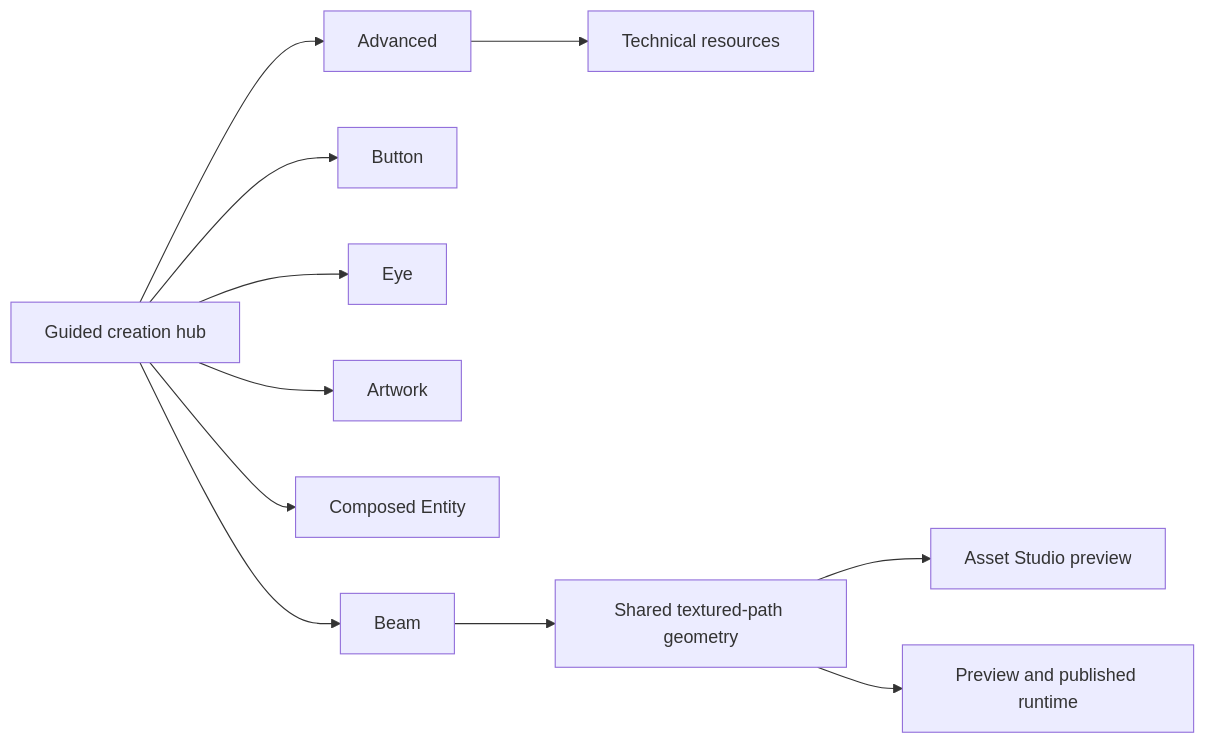
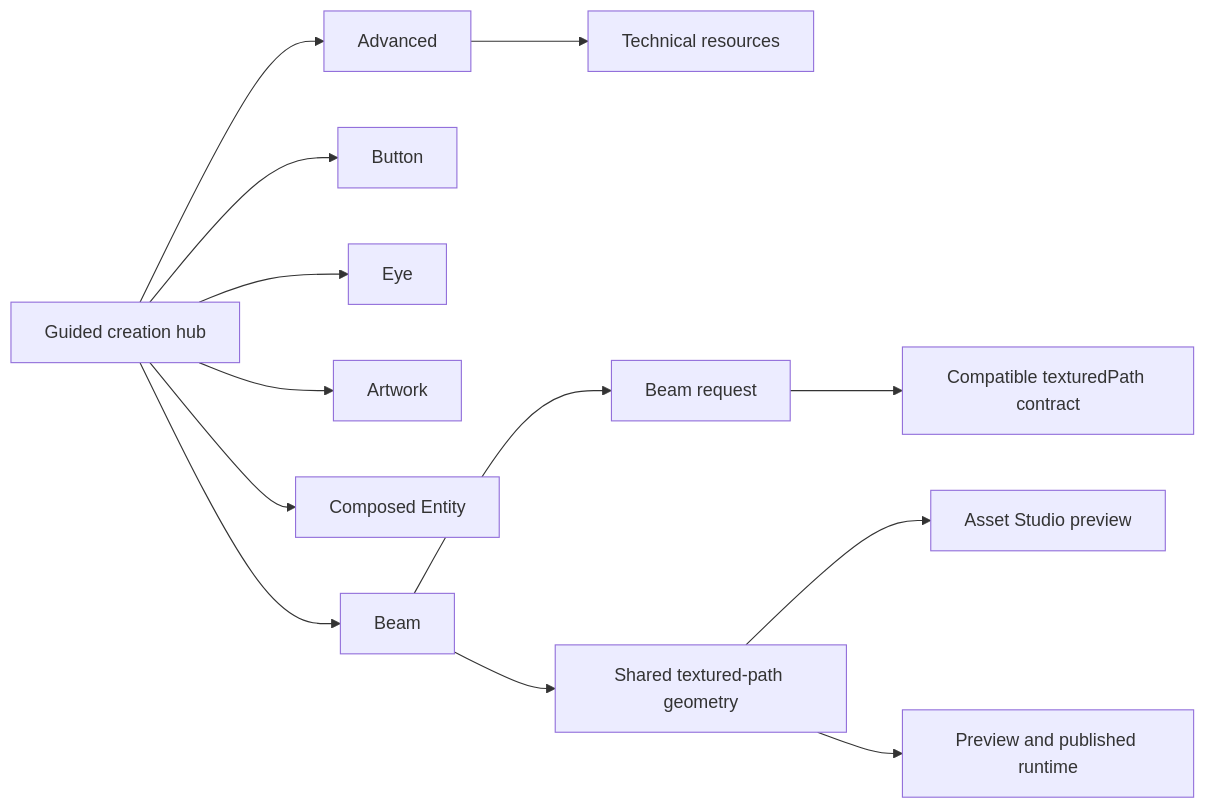
Before and after one commit to tristan-monticelli/vertex-loom: the second of 2 diagrams in docs/architecture/components/studio-ux.md, drawn with Mermaid. The commit also changed other lines of this file and 8 other files, not shown here.

````diff
--- a/docs/architecture/components/studio-ux.md
+++ b/docs/architecture/components/studio-ux.md
@@ -64,13 +66,15 @@
 ```mermaid
 flowchart LR
     Hub[Guided creation hub] --> Beam[Beam]
     Hub --> Button[Button]
     Hub --> Eye[Eye]
     Hub --> Artwork[Artwork]
     Hub --> Entity[Composed Entity]
     Hub --> Advanced[Advanced]
     Advanced --> Technical[Technical resources]
+    Beam --> BeamContract[Beam request]
+    BeamContract --> Legacy[Compatible texturedPath contract]
     Beam --> Shared[Shared textured-path geometry]
     Shared --> Studio[Asset Studio preview]
     Shared --> Runtime[Preview and published runtime]
 ```
````
